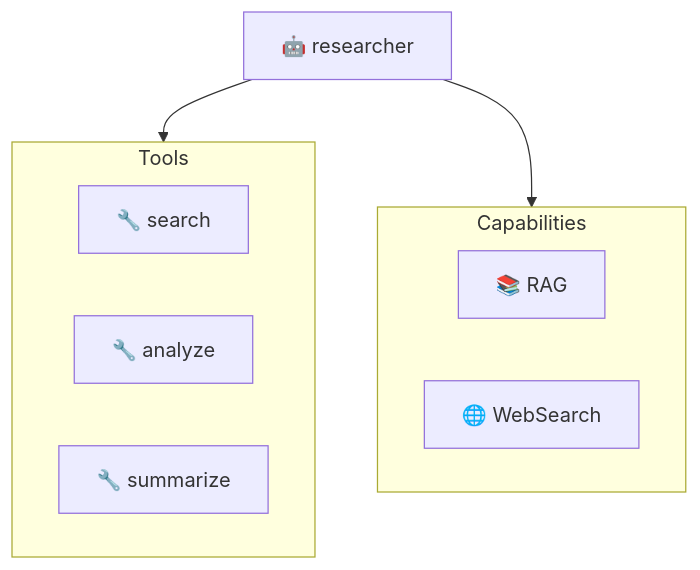
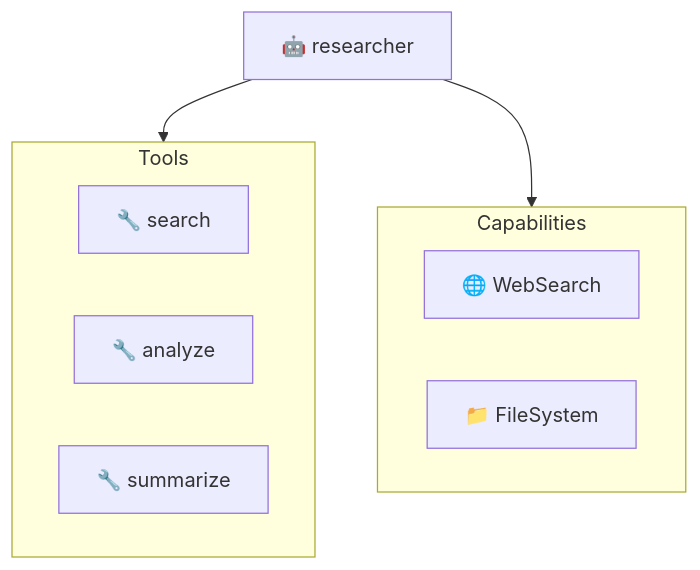
Before and after one commit to milad-o/agenticflow: the first of 5 diagrams in docs/graph.md, drawn with Mermaid. The commit also changed other lines of this file and 10 other files, not shown here.

````diff
--- a/docs/graph.md
+++ b/docs/graph.md
@@ -107,18 +107,18 @@
 ```mermaid
 graph TD
     researcher[🤖 researcher]
     
     subgraph Tools
         search[🔧 search]
         analyze[🔧 analyze]
         summarize[🔧 summarize]
     end
     
     subgraph Capabilities
-        RAG[📚 RAG]
         WebSearch[🌐 WebSearch]
+        FileSystem[📁 FileSystem]
     end
     
     researcher --> Tools
     researcher --> Capabilities
 ```
````
